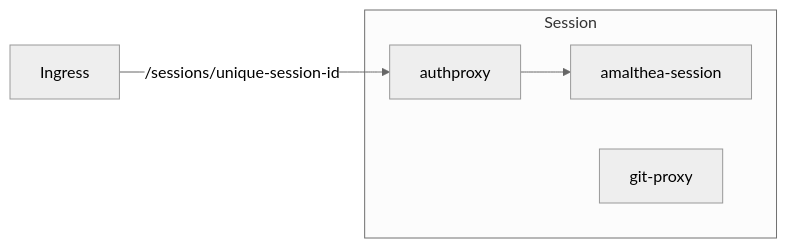
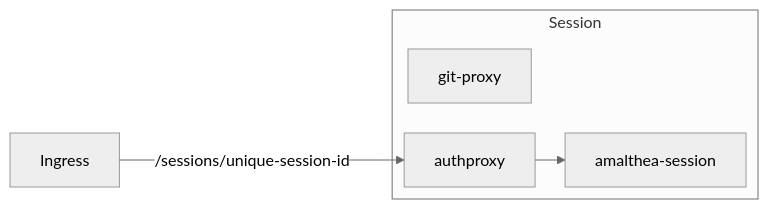
The third of 6 diagrams in docs/docs/20-admins/10-architecture/20-sessions.md (SwissDataScienceCenter/renku), drawn with Mermaid (neutral theme) before and after one commit. The commit also changed other lines of this file and 4 other files, not shown here.

Commit message:
exp: ELK layout

````diff
--- a/docs/docs/20-admins/10-architecture/20-sessions.md
+++ b/docs/docs/20-admins/10-architecture/20-sessions.md
@@ -38,11 +60,15 @@
 ```mermaid
+---
+config:
+  layout: elk
+---
 flowchart LR
     Ingress
     subgraph Session
         User[amalthea-session]
         AP[authproxy]
         GP[git-proxy]
     end
     Ingress --/sessions/unique-session-id--> AP
     AP --> User
 ```
````
